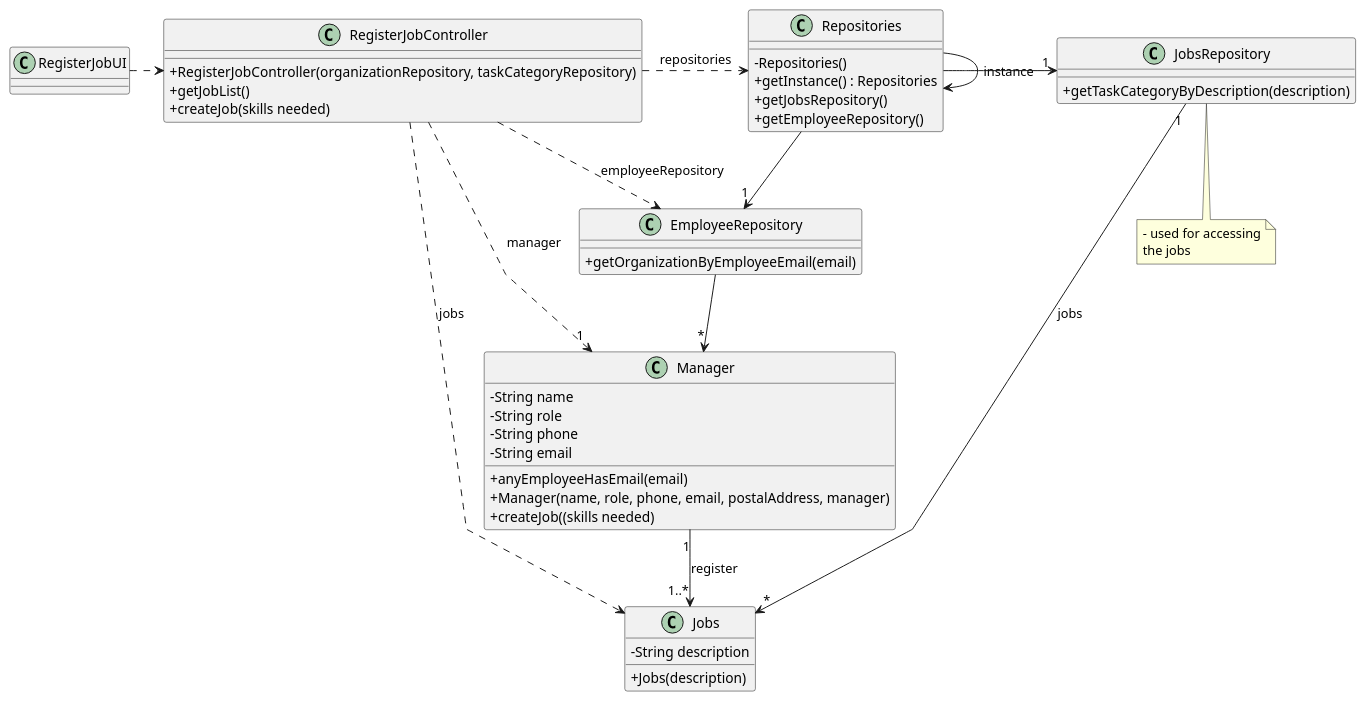
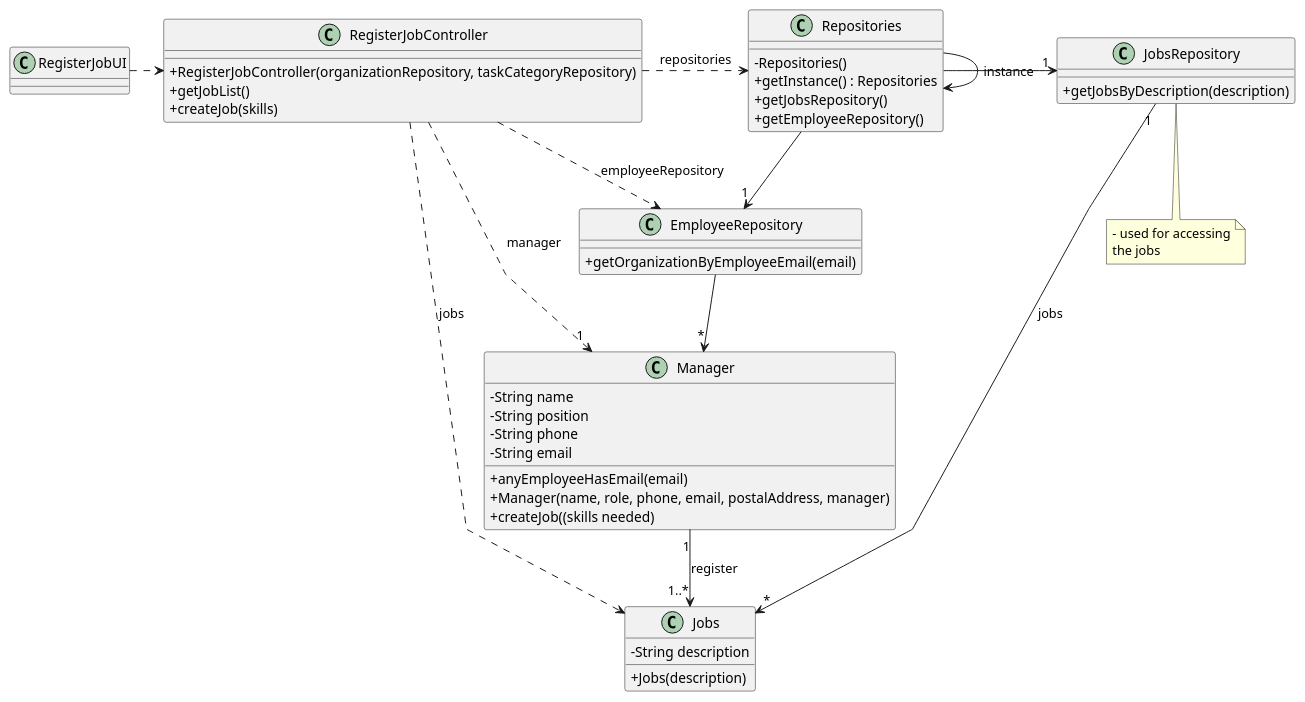
The diagram in Sprint B/docs/SprintB/us002/03.design/puml/us02-class-diagram.puml (Departamento-de-Engenharia-Informatica/lei-24-s2-1df-1de-g063), drawn with PlantUML before and after one commit.

Commit message:
some changes on the class diagram in US02

```diff
--- a/Sprint B/docs/SprintB/us002/03.design/puml/us02-class-diagram.puml
+++ b/Sprint B/docs/SprintB/us002/03.design/puml/us02-class-diagram.puml
@@ -1,78 +1,78 @@
 @startuml
 'skinparam monochrome true
 skinparam packageStyle rectangle
 skinparam shadowing false
 skinparam linetype polyline
 'skinparam linetype orto
 
 skinparam classAttributeIconSize 0
 
 'left to right direction
 
 class Jobs {
     - String description
 
     + Jobs(description)
 }
 
 class Manager {
     - String name
-    - String role
+    - String position
     - String phone
     - String email
 
     + anyEmployeeHasEmail(email)
     + Manager(name, role, phone, email, postalAddress, manager)
     + createJob((skills needed)
 }
 
 class JobsRepository {
-    + getTaskCategoryByDescription(description)
+    + getJobsByDescription(description)
 }
 
 class EmployeeRepository {
     + getOrganizationByEmployeeEmail(email)
 }
 
 class Repositories {
     - Repositories()
     + getInstance() : Repositories
     + getJobsRepository()
     + getEmployeeRepository()
 }
 
 class RegisterJobController {
     + RegisterJobController(organizationRepository, taskCategoryRepository)
     + getJobList()
-    + createJob(skills needed)
+    + createJob(skills)
 }
 
 note bottom of JobsRepository
     - used for accessing
     the jobs
 end note
 
 class RegisterJobUI {
 }
 
 Repositories -> Repositories : instance
 
 RegisterJobUI .> RegisterJobController
 
 RegisterJobController .> Repositories : repositories
 
 Repositories -> "1" JobsRepository
 
 RegisterJobController ..> Jobs : jobs
 RegisterJobController ..> EmployeeRepository : employeeRepository
 
 
 Repositories --> "1" EmployeeRepository
 
 EmployeeRepository --> "*" Manager
 
 RegisterJobController ..> "1" Manager : manager
 JobsRepository "1" --> "*" Jobs : jobs
 Manager "1" --> "1..*" Jobs : register
 
 @enduml
```
